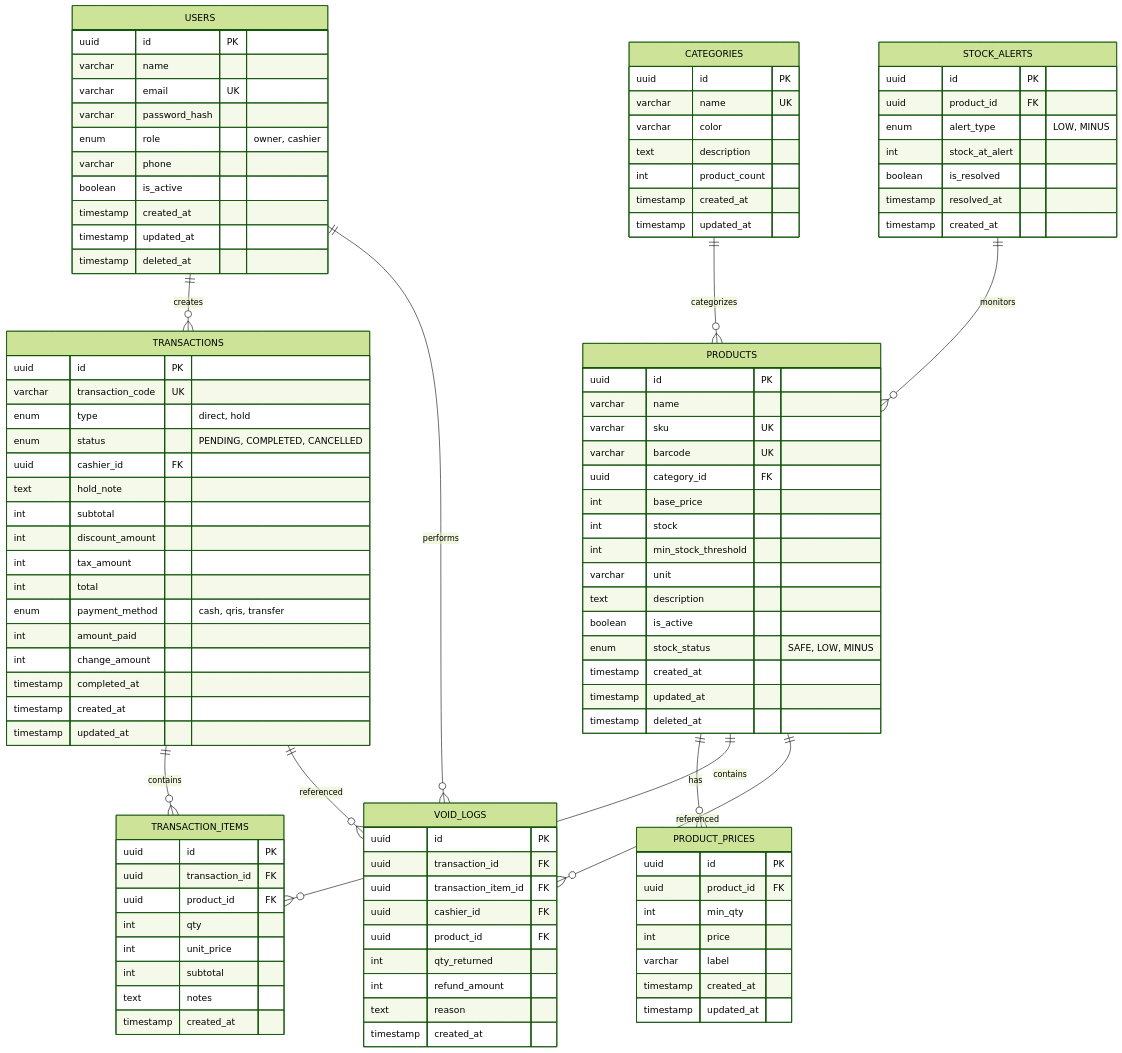
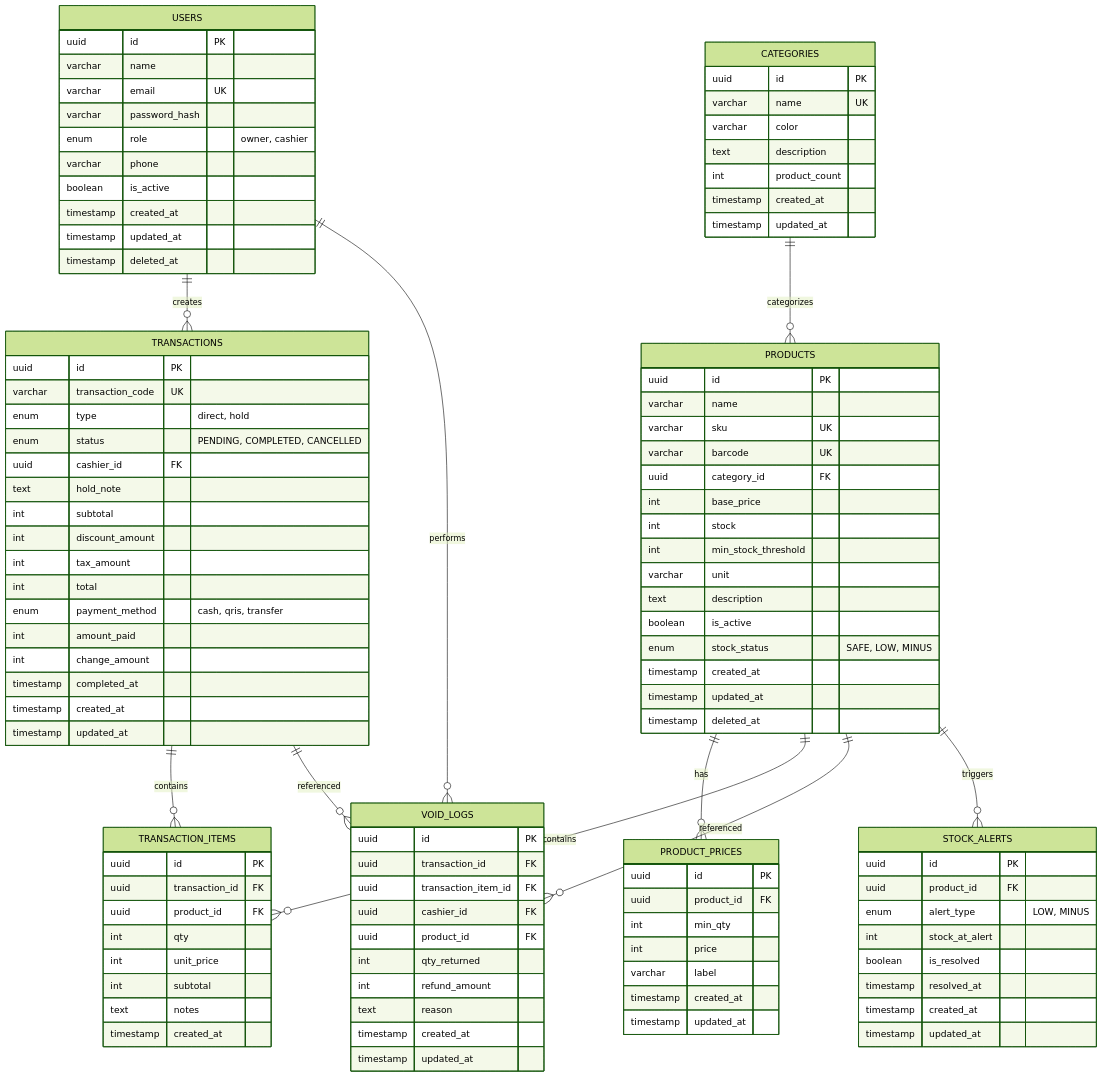
Before and after one commit to luthfi-indrawan/SmartCost: the diagram in docs/DATABASE_DESIGN.md, drawn with Mermaid (forest theme). The commit also changed other lines of this file and 11 other files, not shown here.

````diff
--- a/docs/DATABASE_DESIGN.md
+++ b/docs/DATABASE_DESIGN.md
@@ -13,6 +13,14 @@
 erDiagram
     USERS ||--o{ TRANSACTIONS : creates
     USERS ||--o{ VOID_LOGS : performs
+    CATEGORIES ||--o{ PRODUCTS : categorizes
+    PRODUCTS ||--o{ PRODUCT_PRICES : has
+    PRODUCTS ||--o{ TRANSACTION_ITEMS : contains
+    PRODUCTS ||--o{ VOID_LOGS : referenced
+    PRODUCTS ||--o{ STOCK_ALERTS : triggers
+    TRANSACTIONS ||--o{ TRANSACTION_ITEMS : contains
+    TRANSACTIONS ||--o{ VOID_LOGS : referenced
+
     USERS {
         uuid id PK
         varchar name
@@ -26,7 +34,6 @@
         timestamp deleted_at
     }
 
-    CATEGORIES ||--o{ PRODUCTS : categorizes
     CATEGORIES {
         uuid id PK
         varchar name UK
@@ -37,9 +44,6 @@
         timestamp updated_at
     }
 
-    PRODUCTS ||--o{ PRODUCT_PRICES : has
-    PRODUCTS ||--o{ TRANSACTION_ITEMS : contains
-    PRODUCTS ||--o{ VOID_LOGS : referenced
     PRODUCTS {
         uuid id PK
         varchar name
@@ -68,8 +72,6 @@
         timestamp updated_at
     }
 
-    TRANSACTIONS ||--o{ TRANSACTION_ITEMS : contains
-    TRANSACTIONS ||--o{ VOID_LOGS : referenced
     TRANSACTIONS {
         uuid id PK
         varchar transaction_code UK
@@ -110,9 +112,9 @@
         int refund_amount
         text reason
         timestamp created_at
+        timestamp updated_at
     }
 
-    STOCK_ALERTS ||--o{ PRODUCTS : monitors
     STOCK_ALERTS {
         uuid id PK
         uuid product_id FK
@@ -121,5 +123,6 @@
         boolean is_resolved
         timestamp resolved_at
         timestamp created_at
+        timestamp updated_at
     }
 ```
````
